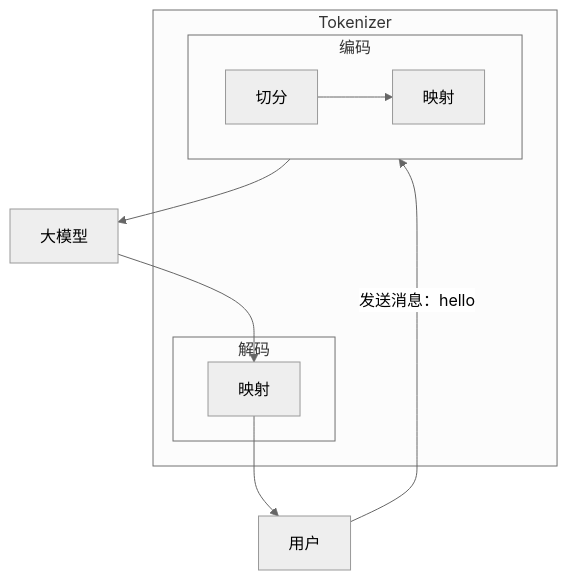
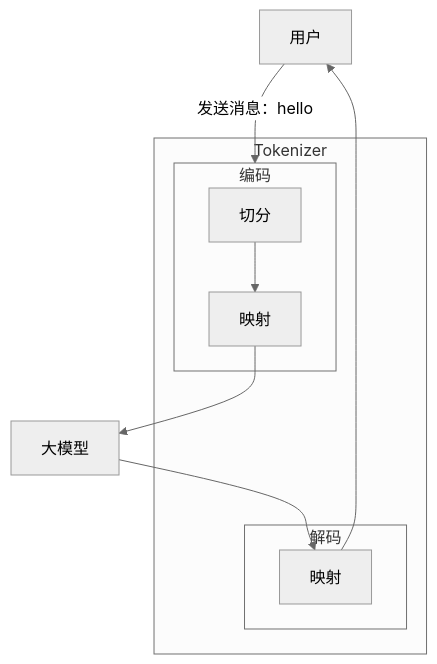
One commit to wangxiaoqi0123/iodraw-files changed the diagram in all/未命名.md. Above: the diagram before and after it, drawn with Mermaid (neutral theme).

Commit message:
2026-04-09 16:58:37 update

````diff
--- a/all/未命名.md
+++ b/all/未命名.md
@@ -1,28 +1,28 @@
 ```mermaid
 flowchart 
     U[用户]
     M[大模型]
 
     %% 外层包裹：文本处理阶段
     subgraph Pipeline[Tokenizer]
         
         %% 编码模块
         subgraph Encoder[编码]
             E1[切分]
             E2[映射]
         end
 
         %% 解码模块
         subgraph Decoder[解码]
             D1[映射]
         end
 
     end
 
     %% 流程连接
     U -- 发送消息：hello --> Encoder
     E1 --> E2
-    Encoder --> M
+    E2 --> M
     M --> D1
     D1 --> U
 ```
````
